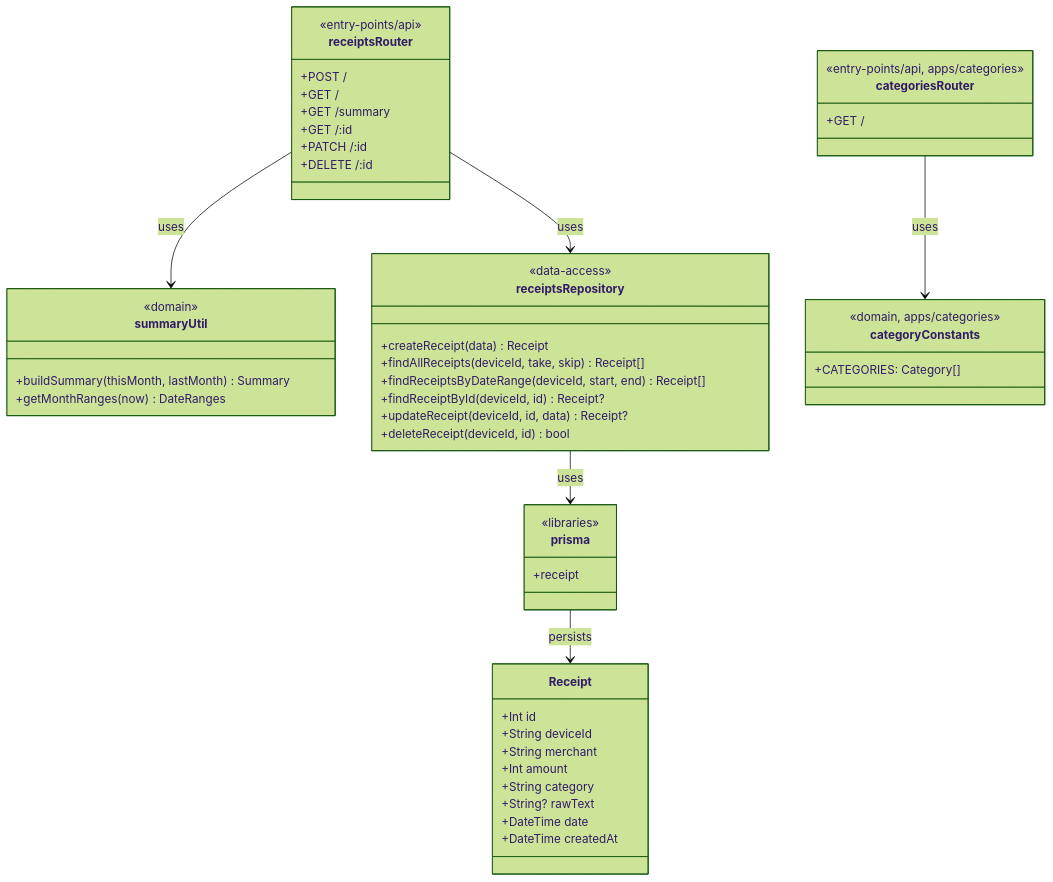
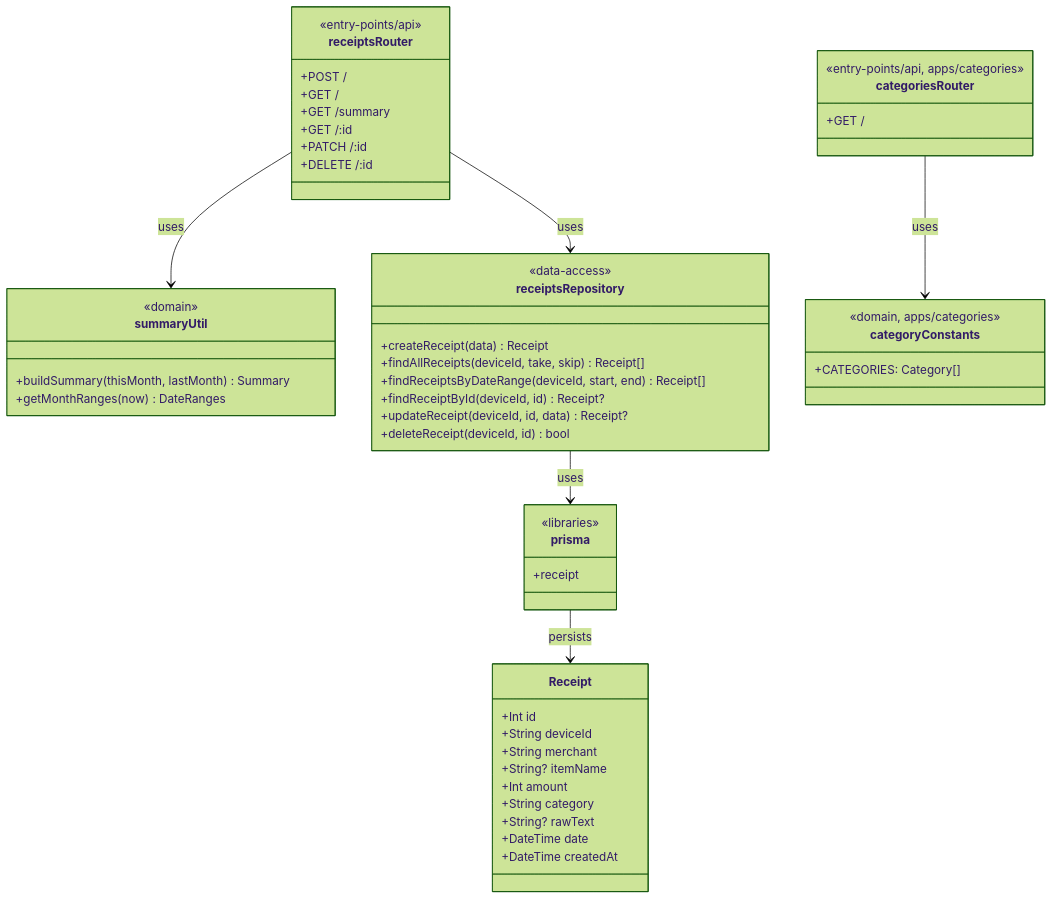
One commit to silverj0805/receipt-scanner-server changed the first of 7 diagrams in docs/architecture.md. Above: the diagram before and after it, drawn with Mermaid (forest theme). The commit also changed other lines of this file and 8 other files, not shown here.

Commit message:
feat: 상품명(itemName) 선택 필드 추가

````diff
--- a/docs/architecture.md
+++ b/docs/architecture.md
@@ -9,60 +9,61 @@
 ```mermaid
 classDiagram
     class receiptsRouter {
         <<entry-points/api>>
         +POST /
         +GET /
         +GET /summary
         +GET /:id
         +PATCH /:id
         +DELETE /:id
     }
 
     class summaryUtil {
         <<domain>>
         +buildSummary(thisMonth, lastMonth) Summary
         +getMonthRanges(now) DateRanges
     }
 
     class receiptsRepository {
         <<data-access>>
         +createReceipt(data) Receipt
         +findAllReceipts(deviceId, take, skip) Receipt[]
         +findReceiptsByDateRange(deviceId, start, end) Receipt[]
         +findReceiptById(deviceId, id) Receipt?
         +updateReceipt(deviceId, id, data) Receipt?
         +deleteReceipt(deviceId, id) bool
     }
 
     class prisma {
         <<libraries>>
         +receipt
     }
 
     class Receipt {
         +Int id
         +String deviceId
         +String merchant
+        +String? itemName
         +Int amount
         +String category
         +String? rawText
         +DateTime date
         +DateTime createdAt
     }
 
     class categoriesRouter {
         <<entry-points/api, apps/categories>>
         +GET /
     }
 
     class categoryConstants {
         <<domain, apps/categories>>
         +CATEGORIES: Category[]
     }
 
     receiptsRouter --> summaryUtil : uses
     receiptsRouter --> receiptsRepository : uses
     receiptsRepository --> prisma : uses
     prisma --> Receipt : persists
     categoriesRouter --> categoryConstants : uses
 ```
````
